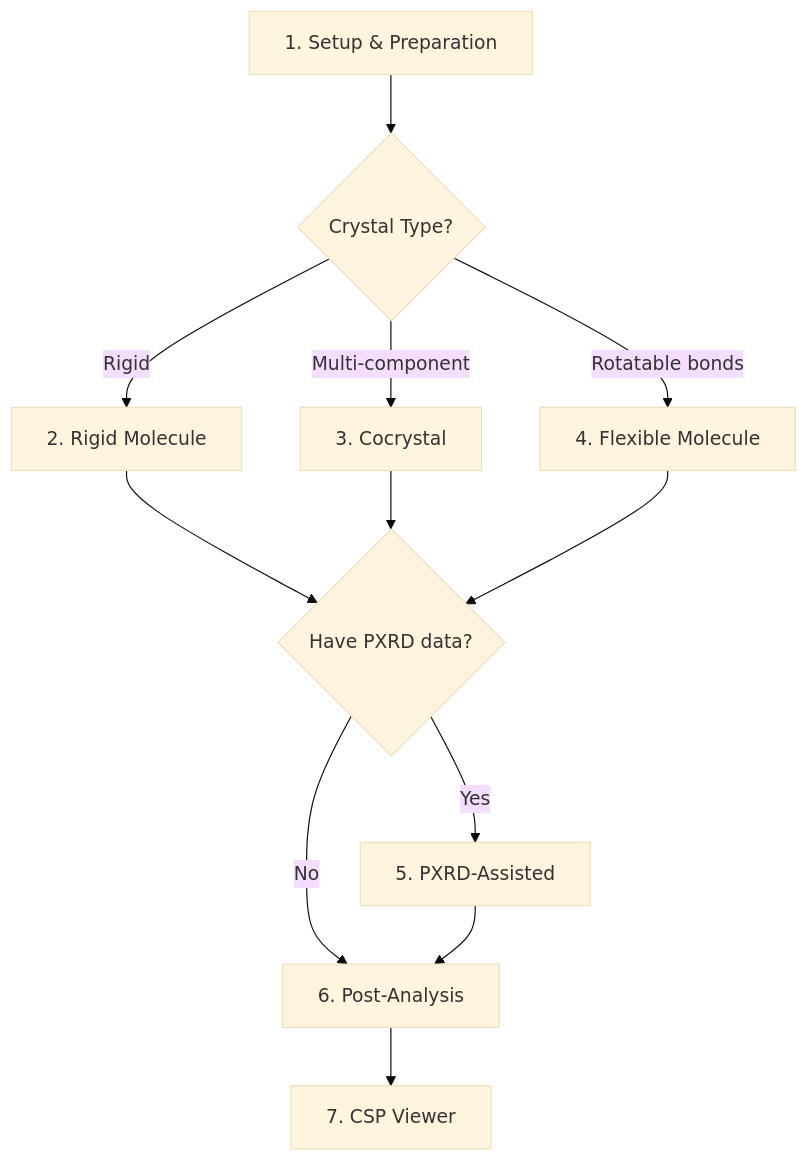
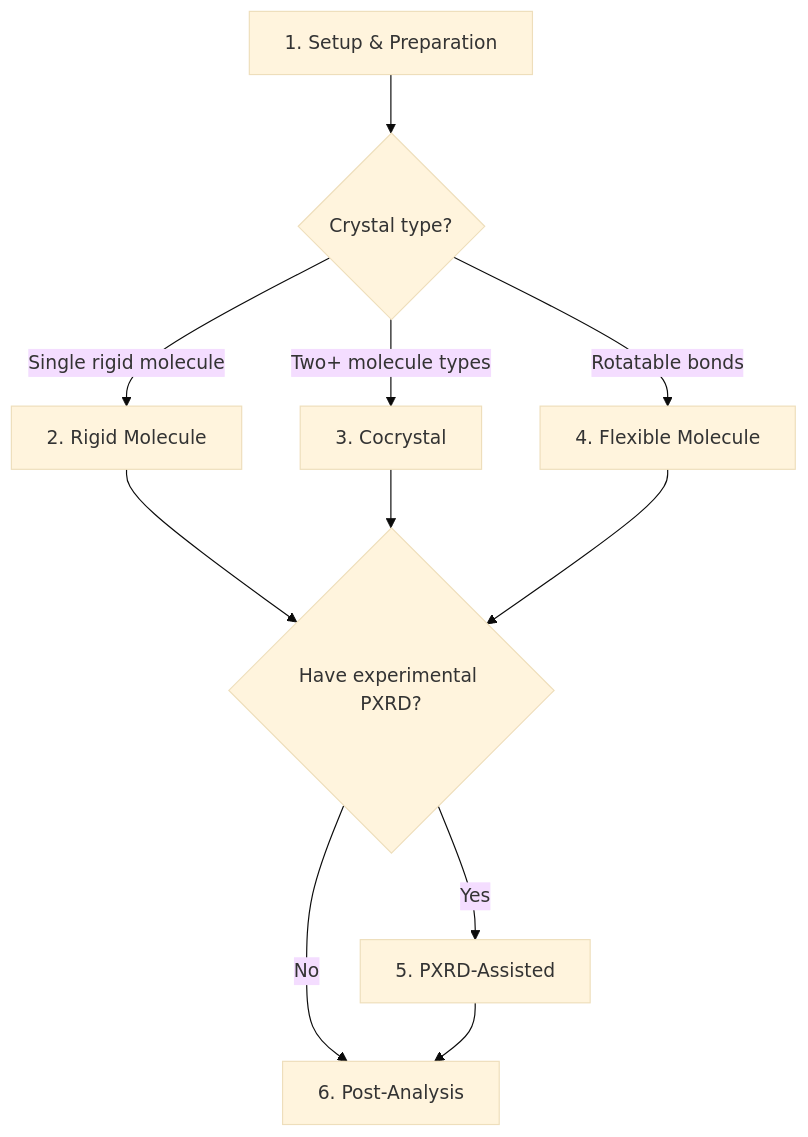
One commit to Jiayihua2001/GAtor2.0_doc changed the diagram in doc/docs/tutorials/index.md. Above: the diagram before and after it, drawn with Mermaid (base theme). The commit also changed other lines of this file and 11 other files, not shown here.

````diff
--- a/doc/docs/tutorials/index.md
+++ b/doc/docs/tutorials/index.md
@@ -74,14 +21,13 @@
 ```mermaid
 graph TD
-    A[1. Setup & Preparation] --> B{Crystal Type?}
-    B -->|Rigid| C[2. Rigid Molecule]
-    B -->|Multi-component| D[3. Cocrystal]
+    A[1. Setup & Preparation] --> B{Crystal type?}
+    B -->|Single rigid molecule| C[2. Rigid Molecule]
+    B -->|Two+ molecule types| D[3. Cocrystal]
     B -->|Rotatable bonds| E[4. Flexible Molecule]
-    C --> F{Have PXRD data?}
+    C --> F{Have experimental PXRD?}
     D --> F
     E --> F
     F -->|Yes| G[5. PXRD-Assisted]
     F -->|No| H[6. Post-Analysis]
     G --> H
-    H --> I[7. CSP Viewer]
 ```
````
